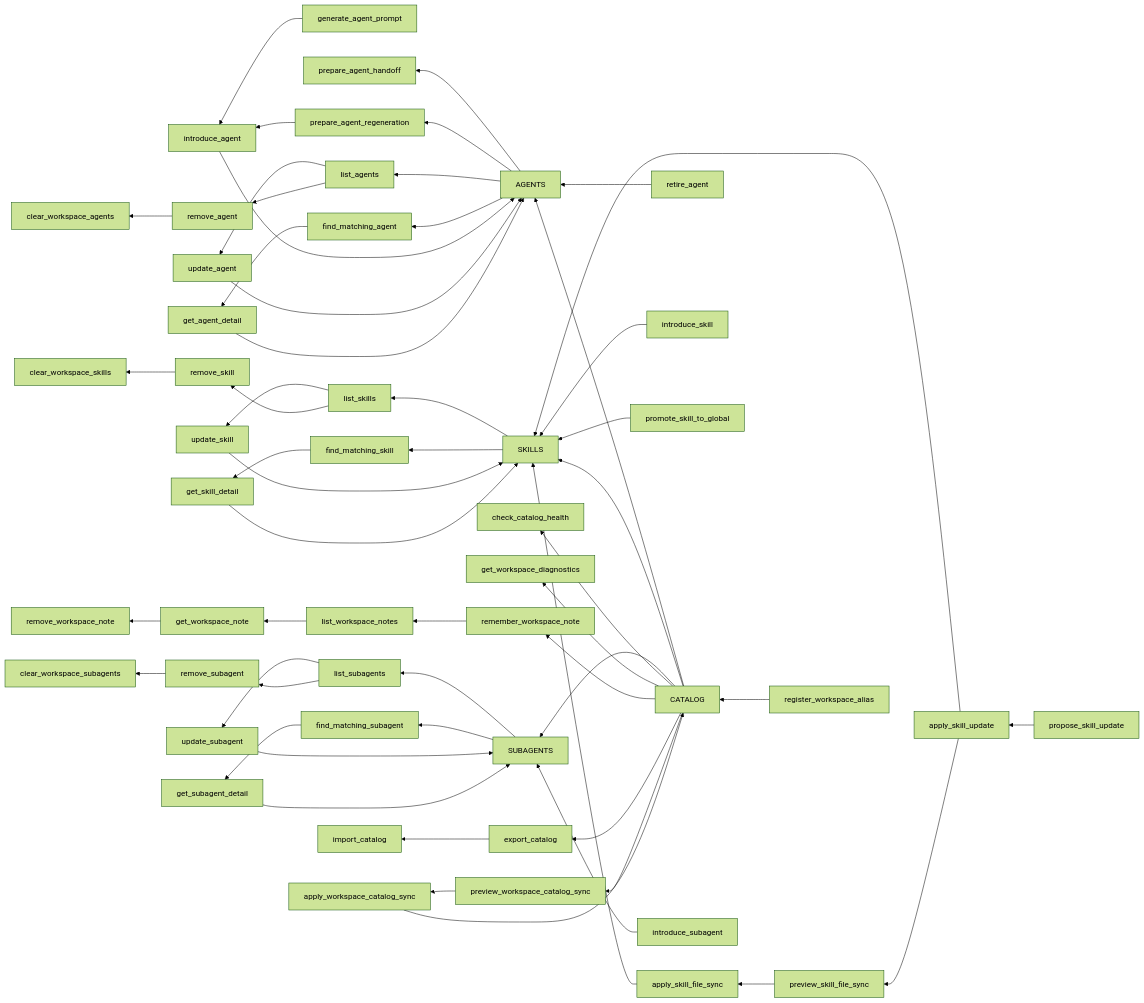
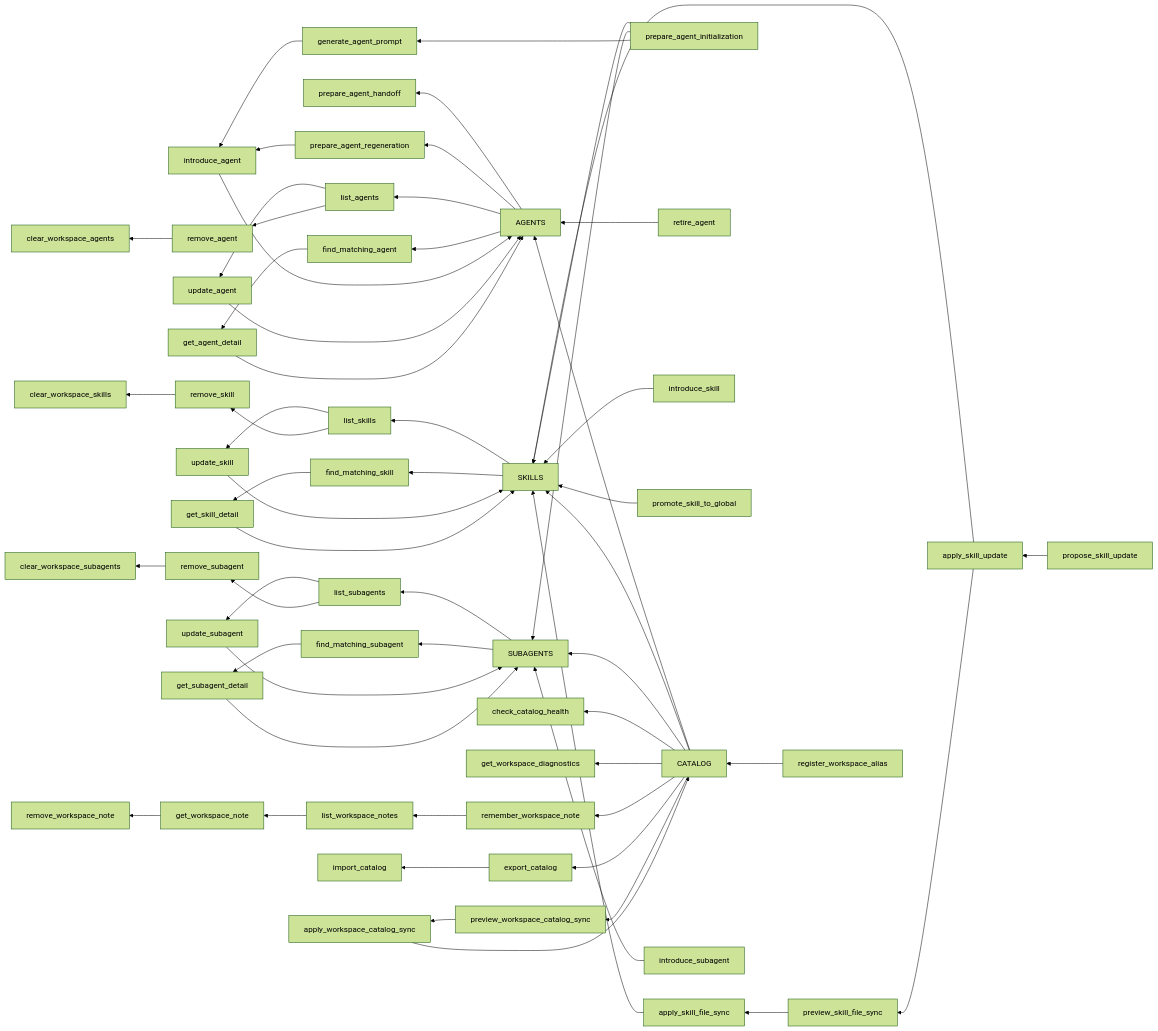
Before and after one commit to okanaslan/lor-mcp: the diagram in README.md, drawn with Mermaid (forest theme). The commit also changed other lines of this file and 12 other files, not shown here.

Commit message:
feat(tools): prepare task agent initialization

````diff
--- a/README.md
+++ b/README.md
@@ -199,66 +201,69 @@
 ```mermaid
 flowchart RL
   catalog["CATALOG"]
   agents["AGENTS"]
   skills["SKILLS"]
   subagents["SUBAGENTS"]
 
   catalog --> agents
   catalog --> skills
   catalog --> subagents
 
+  init["prepare_agent_initialization"] --> skills
+  init --> subagents
+  init --> generatePrompt["generate_agent_prompt"]
   generatePrompt["generate_agent_prompt"] --> introduceAgent["introduce_agent"]
   introduceAgent --> agents
   agents --> handoff["prepare_agent_handoff"]
   agents --> regeneration["prepare_agent_regeneration"]
   regeneration --> introduceAgent
   retireAgent["retire_agent"] --> agents
 
   introduceSkill["introduce_skill"] --> skills
   promoteSkill["promote_skill_to_global"] --> skills
   proposeSkillUpdate["propose_skill_update"] --> applySkillUpdate["apply_skill_update"]
   applySkillUpdate --> skills
   applySkillUpdate --> previewSkillFileSync["preview_skill_file_sync"]
   previewSkillFileSync --> applySkillFileSync["apply_skill_file_sync"]
   applySkillFileSync --> skills
 
   introduceSubagent["introduce_subagent"] --> subagents
 
   registerAlias["register_workspace_alias"] --> catalog
   catalog --> checkHealth["check_catalog_health"]
   catalog --> workspaceDiagnostics["get_workspace_diagnostics"]
   catalog --> rememberWorkspaceNote["remember_workspace_note"]
   rememberWorkspaceNote --> listWorkspaceNotes["list_workspace_notes"]
   listWorkspaceNotes --> getWorkspaceNote["get_workspace_note"]
   getWorkspaceNote --> removeWorkspaceNote["remove_workspace_note"]
   catalog --> exportCatalog["export_catalog"]
   exportCatalog --> importCatalog["import_catalog"]
   catalog --> previewWorkspaceSync["preview_workspace_catalog_sync"]
   previewWorkspaceSync --> applyWorkspaceSync["apply_workspace_catalog_sync"]
   applyWorkspaceSync --> catalog
   agents --> listAgents["list_agents"]
   skills --> listSkills["list_skills"]
   subagents --> listSubagents["list_subagents"]
 
   listAgents --> updateAgent["update_agent"]
   updateAgent --> agents
   listSkills --> updateSkill["update_skill"]
   updateSkill --> skills
   listSubagents --> updateSubagent["update_subagent"]
   updateSubagent --> subagents
   listAgents --> removeAgent["remove_agent"]
   listSkills --> removeSkill["remove_skill"]
   listSubagents --> removeSubagent["remove_subagent"]
   removeAgent --> clearAgents["clear_workspace_agents"]
   removeSkill --> clearSkills["clear_workspace_skills"]
   removeSubagent --> clearSubagents["clear_workspace_subagents"]
   agents --> findAgent["find_matching_agent"]
   skills --> findSkill["find_matching_skill"]
   subagents --> findSubagent["find_matching_subagent"]
   findAgent --> getAgent["get_agent_detail"]
   findSkill --> getSkill["get_skill_detail"]
   findSubagent --> getSubagent["get_subagent_detail"]
   getAgent --> agents
   getSkill --> skills
   getSubagent --> subagents
 ```
````
